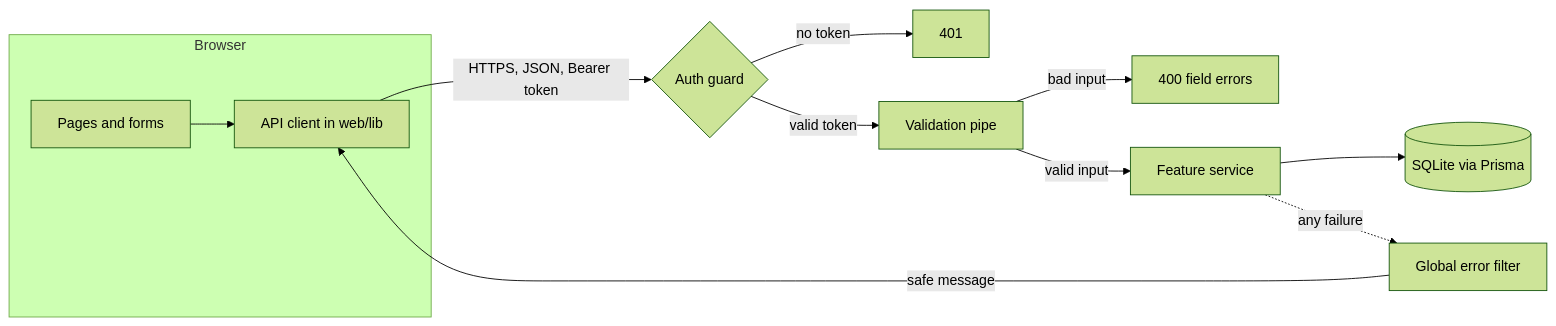
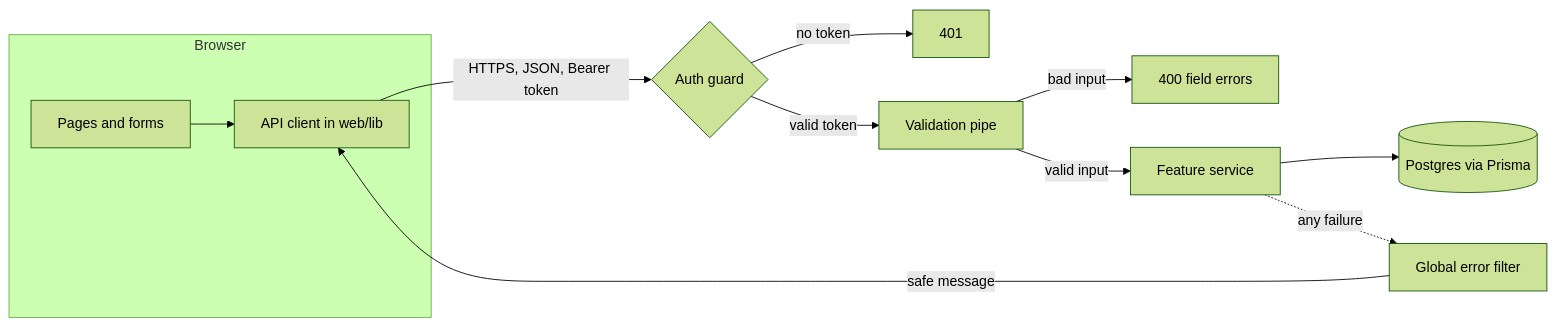
The first of 2 diagrams in docs/walkthrough.md (wolvie782/salary-management), drawn with Mermaid (forest theme) before and after one commit. The commit also changed other lines of this file and 27 other files, not shown here.

````diff
--- a/docs/walkthrough.md
+++ b/docs/walkthrough.md
@@ -22,14 +22,14 @@
 ```mermaid
 flowchart LR
     subgraph Browser
       P[Pages and forms] --> C[API client in web/lib]
     end
     C -->|HTTPS, JSON, Bearer token| G{Auth guard}
     G -->|no token| X[401]
     G -->|valid token| V[Validation pipe]
     V -->|bad input| E[400 field errors]
     V -->|valid input| S[Feature service]
-    S --> DB[(SQLite via Prisma)]
+    S --> DB[(Postgres via Prisma)]
     S -. any failure .-> F[Global error filter]
     F -->|safe message| C
 ```
````
